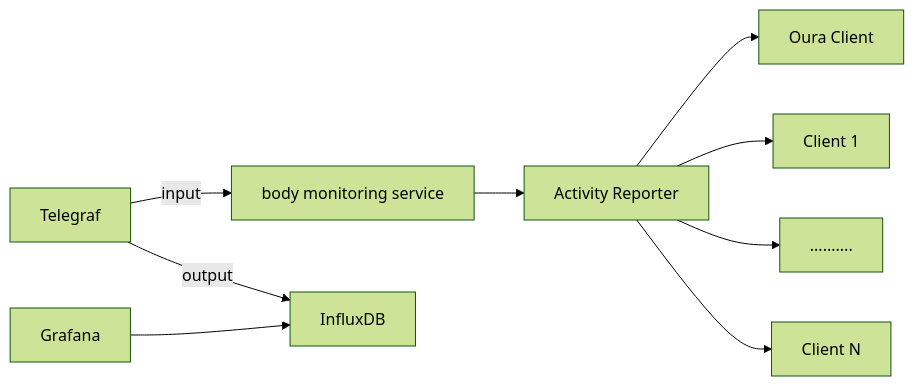
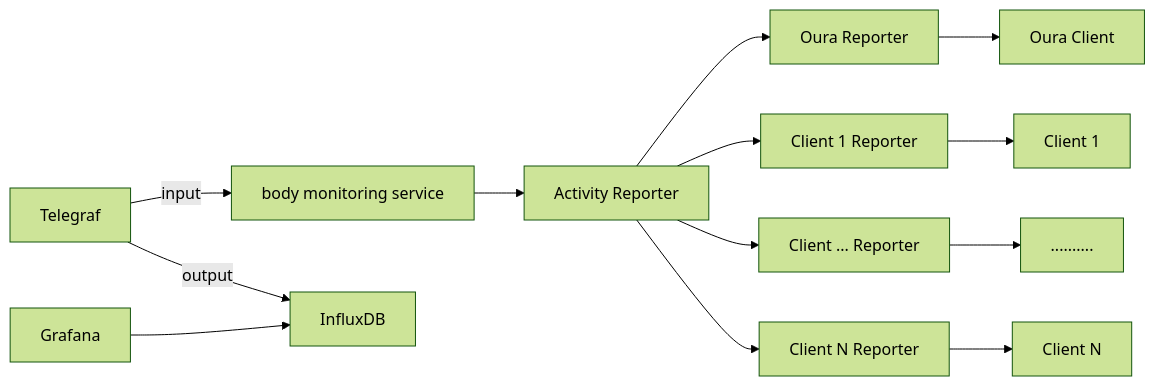
Before and after one commit to zavolokas/oura-data: the diagram in README.md, drawn with Mermaid (forest theme). The commit also changed 2 other files, not shown here.

Commit message:
reporters

````diff
--- a/README.md
+++ b/README.md
@@ -7,12 +7,20 @@
 ```mermaid
 flowchart LR
 T[Telegraf] -->|input| B[body monitoring service]
 B-->AR[Activity Reporter]
-AR--> OC[Oura Client] 
-AR--> C1[Client 1]
-AR--> C2[..........]
-AR--> CN[Client N]
+OAR[Oura Reporter]
+C1AR[Client 1 Reporter]
+C2AR[Client ... Reporter]
+CNAR[Client N Reporter]
+AR--> OAR
+OAR-->OC[Oura Client] 
+AR--> C1AR
+C1AR-->C1[Client 1]
+AR--> C2AR
+C2AR-->C2[..........]
+AR--> CNAR
+CNAR-->CN[Client N]
 T -->|output| IDB[InfluxDB]
 G[Grafana]-->IDB
 
 ```
````
